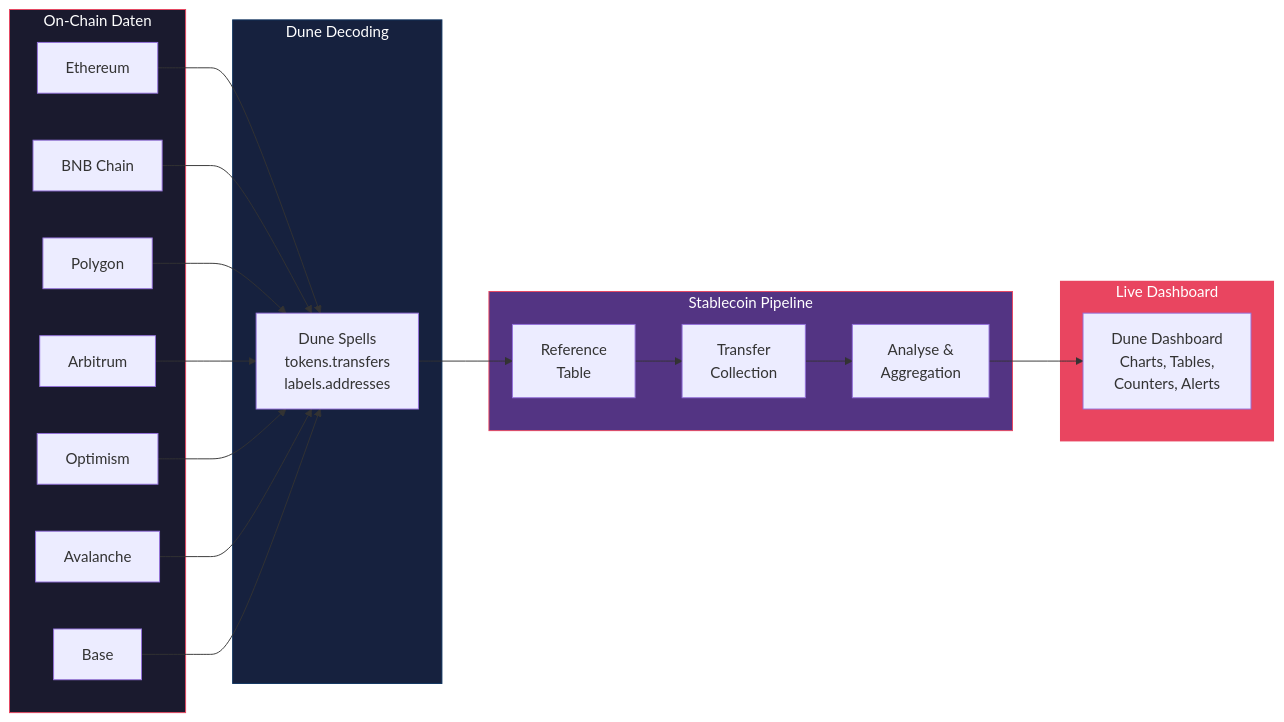
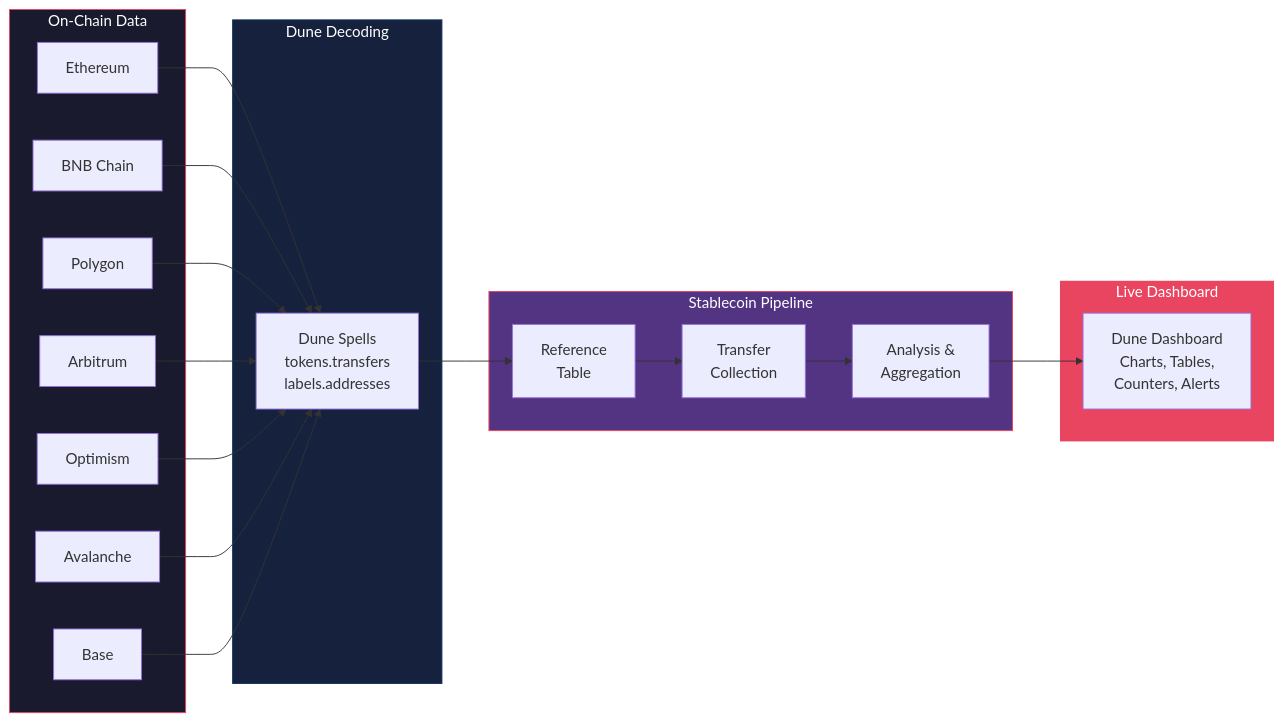
One commit to gelatotrade/Dune-Analytics changed the fourth of 7 diagrams in README.md. Above: the diagram before and after it, drawn with Mermaid. The commit also changed other lines of this file, not shown here.

````diff
--- a/README.md
+++ b/README.md
@@ -174,43 +174,43 @@
 ```mermaid
 flowchart LR
-    subgraph Blockchain["On-Chain Daten"]
+    subgraph Blockchain["On-Chain Data"]
         ETH["Ethereum"]
         BNB["BNB Chain"]
         POLY["Polygon"]
         ARB["Arbitrum"]
         OP["Optimism"]
         AVAX["Avalanche"]
         BASE["Base"]
     end
 
     subgraph Dune_Decode["Dune Decoding"]
         SPELL["Dune Spells\ntokens.transfers\nlabels.addresses"]
     end
 
     subgraph Pipeline["Stablecoin Pipeline"]
         REF["Reference\nTable"]
         TRANS["Transfer\nCollection"]
-        AGG["Analyse &\nAggregation"]
+        AGG["Analysis &\nAggregation"]
     end
 
     subgraph Output["Live Dashboard"]
         DASH["Dune Dashboard\nCharts, Tables,\nCounters, Alerts"]
     end
 
     ETH --> SPELL
     BNB --> SPELL
     POLY --> SPELL
     ARB --> SPELL
     OP --> SPELL
     AVAX --> SPELL
     BASE --> SPELL
     SPELL --> REF
     REF --> TRANS
     TRANS --> AGG
     AGG --> DASH
 
     style Blockchain fill:#1a1a2e,stroke:#e94560,color:#fff
     style Dune_Decode fill:#16213e,stroke:#0f3460,color:#fff
     style Pipeline fill:#533483,stroke:#e94560,color:#fff
     style Output fill:#e94560,stroke:#fff,color:#fff
 ```
````
